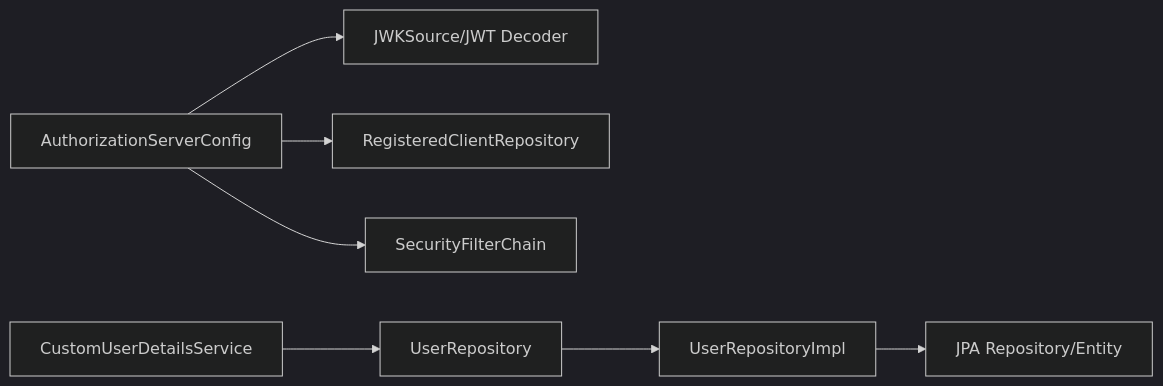
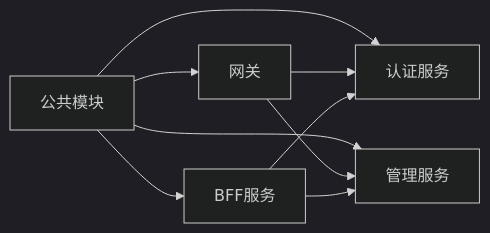
The seventh of 8 diagrams in .qoder/repowiki/zh/content/架构设计/架构设计.md (fq0121104930716/iam-platform), drawn with Mermaid (dark theme) before and after one commit. The commit also changed other lines of this file and 222 other files, not shown here.

````diff
--- a/.qoder/repowiki/zh/content/架构设计/架构设计.md
+++ b/.qoder/repowiki/zh/content/架构设计/架构设计.md
@@ -233,9 +296,11 @@
 ```mermaid
 graph LR
-Sec["AuthorizationServerConfig"] --> JWK["JWKSource/JWT Decoder"]
-Sec --> Clients["RegisteredClientRepository"]
-Sec --> Filter["SecurityFilterChain"]
-Auth["CustomUserDetailsService"] --> Repo["UserRepository"]
-Repo --> Impl["UserRepositoryImpl"]
-Impl --> DB["JPA Repository/Entity"]
+COMMON["公共模块"] --> AUTH["认证服务"]
+COMMON --> ADMIN["管理服务"]
+COMMON --> BFF["BFF服务"]
+COMMON --> GW["网关"]
+GW --> AUTH
+GW --> ADMIN
+BFF --> AUTH
+BFF --> ADMIN
 ```
````
